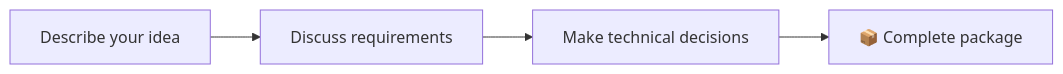
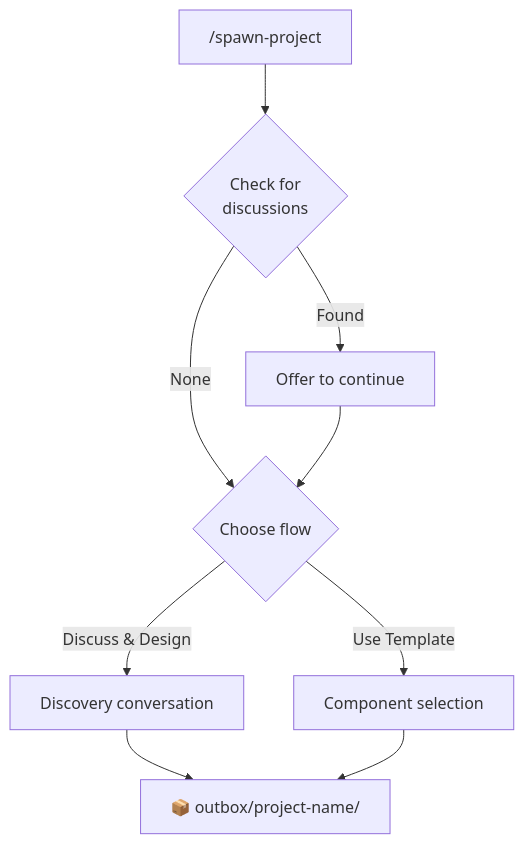
Before and after one commit to Squared-Lemons/Squared-Agent: the fourth of 14 diagrams in README.md, drawn with Mermaid. The commit also changed other lines of this file and 38 other files, not shown here.

````diff
--- a/README.md
+++ b/README.md
@@ -128,6 +207,11 @@
 ```mermaid
-flowchart LR
-    A["Describe your idea"] --> B["Discuss requirements"]
-    B --> C["Make technical decisions"]
-    C --> D["📦 Complete package"]
+flowchart TB
+    A["/spawn-project"] --> B{"Check for\ndiscussions"}
+    B -->|"Found"| C["Offer to continue"]
+    B -->|"None"| D{"Choose flow"}
+    C --> D
+    D -->|"Discuss & Design"| E["Discovery conversation"]
+    D -->|"Use Template"| F["Component selection"]
+    E --> G["📦 outbox/project-name/"]
+    F --> G
 ```
````
